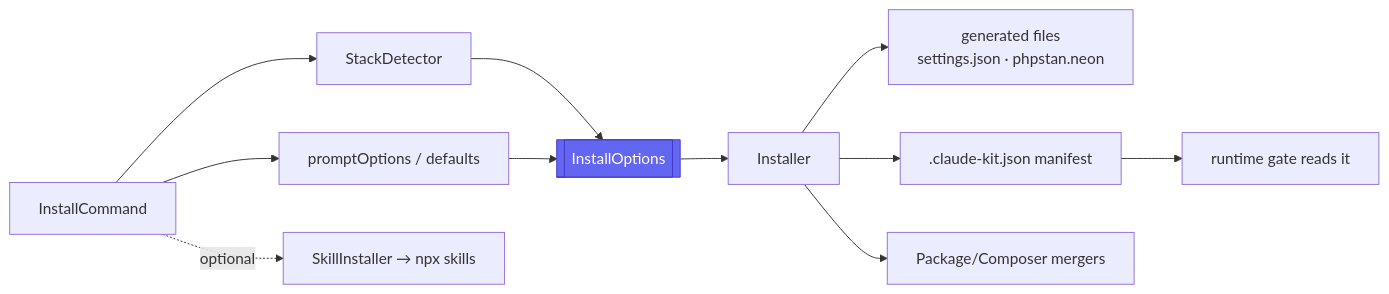
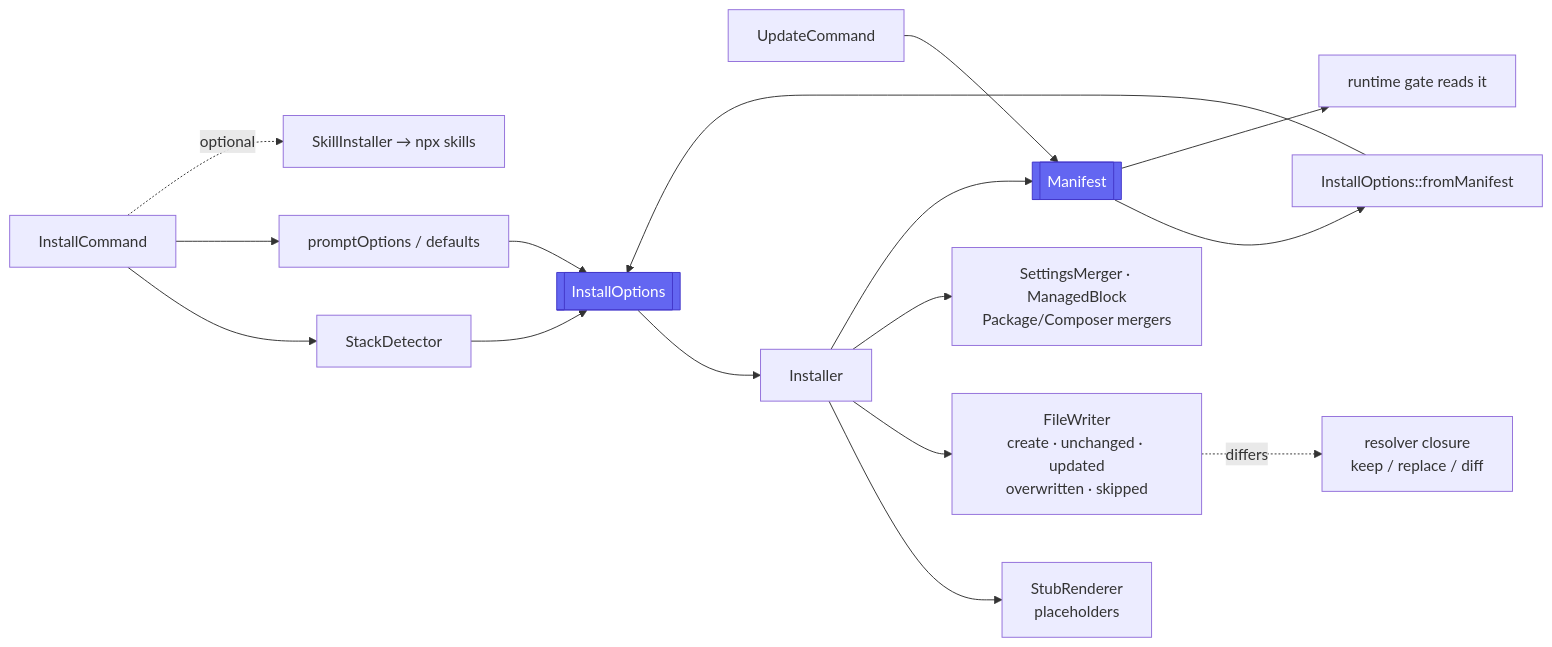
Before and after one commit to mohamed-ashraf-elsaed/claude-kit: the second of 2 diagrams in docs/Architecture.md, drawn with Mermaid. The commit also changed other lines of this file and 75 other files, not shown here.

````diff
--- a/docs/Architecture.md
+++ b/docs/Architecture.md
@@ -33,14 +34,18 @@
 ```mermaid
 flowchart LR
     C[InstallCommand] --> SD[StackDetector]
     C --> PO[promptOptions / defaults]
-    SD & PO --> IO[[InstallOptions]]
+    U[UpdateCommand] --> MF[[Manifest]]
+    MF --> FM[InstallOptions::fromManifest]
+    SD & PO & FM --> IO[[InstallOptions]]
     IO --> I[Installer]
-    I --> F[generated files<br/>settings.json · phpstan.neon]
-    I --> M[.claude-kit.json manifest]
-    I --> MG[Package/Composer mergers]
+    I --> SR[StubRenderer<br/>placeholders]
+    I --> FW[FileWriter<br/>create · unchanged · updated<br/>overwritten · skipped]
+    I --> SM[SettingsMerger · ManagedBlock<br/>Package/Composer mergers]
+    FW -. differs .-> RES[resolver closure<br/>keep / replace / diff]
+    I --> MF
+    MF --> G[runtime gate reads it]
     C -.optional.-> SK[SkillInstaller → npx skills]
-    M --> G[runtime gate reads it]
     classDef k fill:#6366f1,stroke:#4338ca,color:#fff;
-    class IO k;
+    class IO,MF k;
 ```
````
